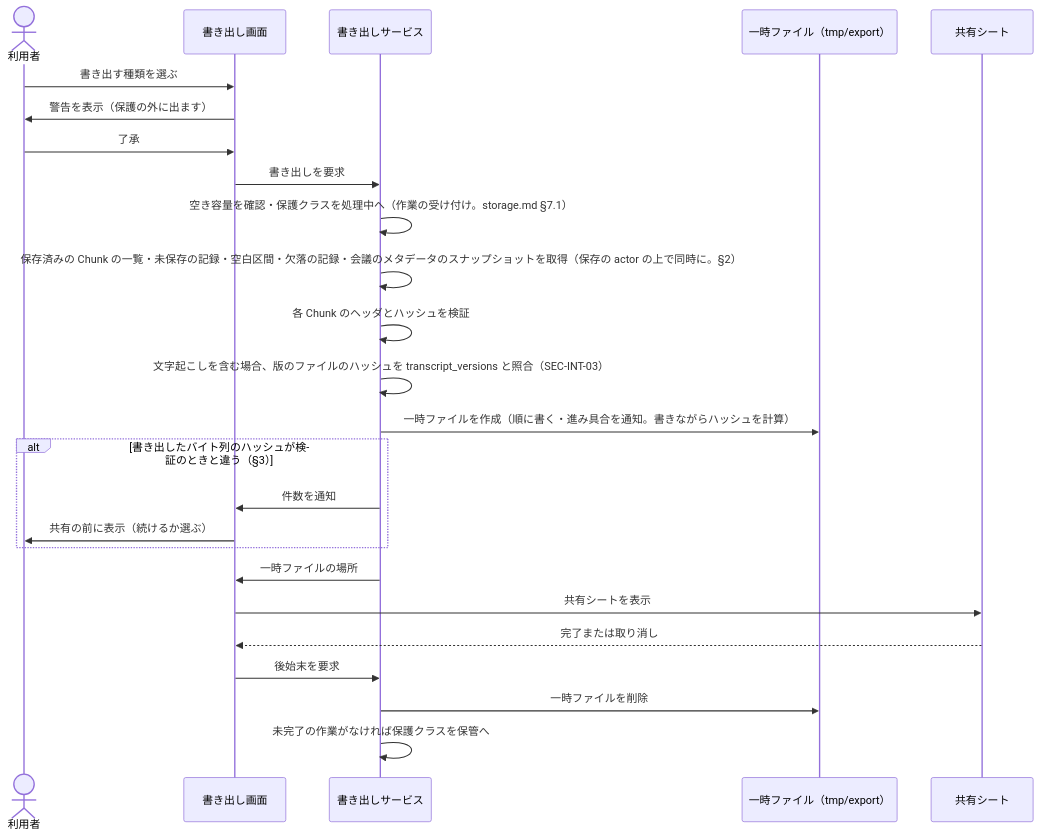
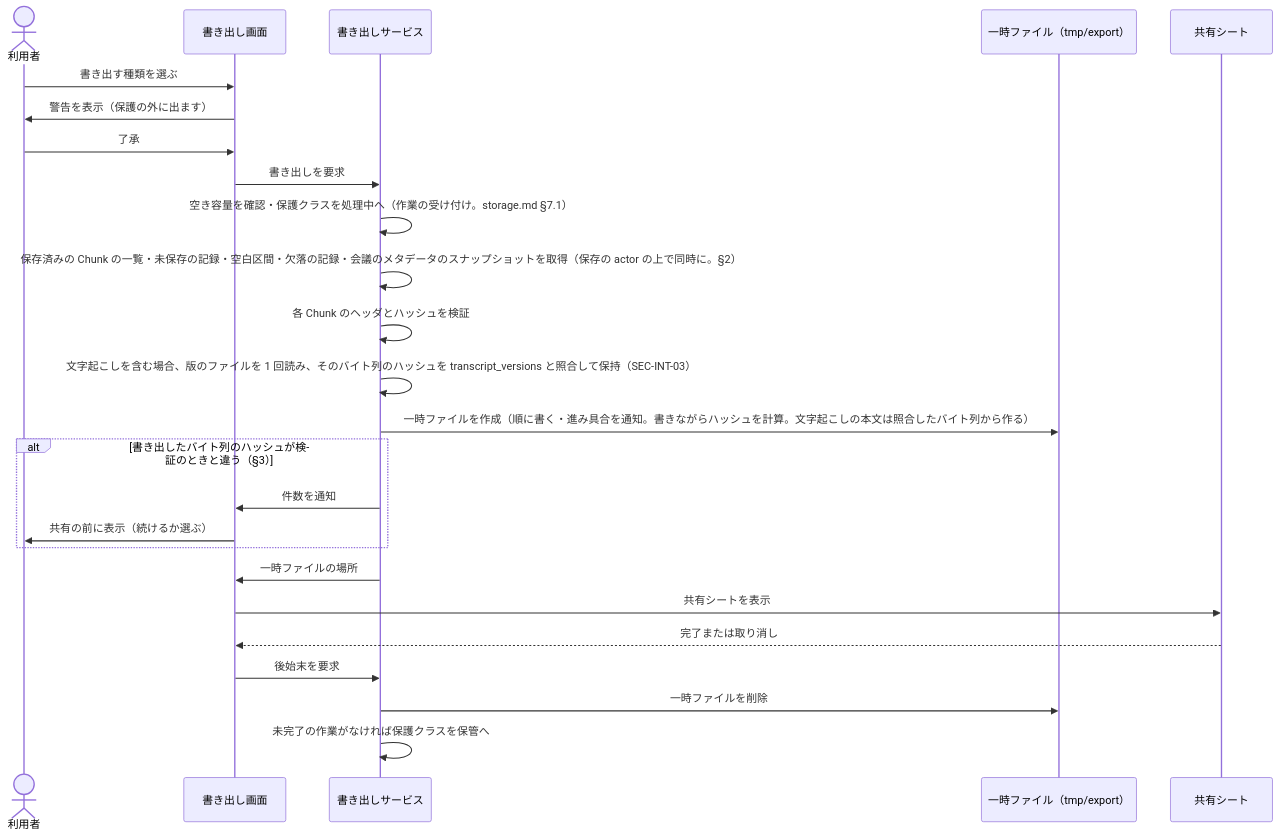
Before and after one commit to myoshi2891/Minutes-Mobile: the diagram in docs/02-basic-design/export.md, drawn with Mermaid. The commit also changed other lines of this file and 5 other files, not shown here.

````diff
--- a/docs/02-basic-design/export.md
+++ b/docs/02-basic-design/export.md
@@ -63,27 +63,27 @@
 ```mermaid
 sequenceDiagram
     actor U as 利用者
     participant V as 書き出し画面
     participant E as 書き出しサービス
     participant T as 一時ファイル（tmp/export）
     participant S as 共有シート
     U->>V: 書き出す種類を選ぶ
     V->>U: 警告を表示（保護の外に出ます）
     U->>V: 了承
     V->>E: 書き出しを要求
     E->>E: 空き容量を確認・保護クラスを処理中へ（作業の受け付け。storage.md §7.1）
     E->>E: 保存済みの Chunk の一覧・未保存の記録・空白区間・欠落の記録・会議のメタデータのスナップショットを取得（保存の actor の上で同時に。§2）
     E->>E: 各 Chunk のヘッダとハッシュを検証
-    E->>E: 文字起こしを含む場合、版のファイルのハッシュを transcript_versions と照合（SEC-INT-03）
-    E->>T: 一時ファイルを作成（順に書く・進み具合を通知。書きながらハッシュを計算）
+    E->>E: 文字起こしを含む場合、版のファイルを 1 回読み、そのバイト列のハッシュを transcript_versions と照合して保持（SEC-INT-03）
+    E->>T: 一時ファイルを作成（順に書く・進み具合を通知。書きながらハッシュを計算。文字起こしの本文は照合したバイト列から作る）
     alt 書き出したバイト列のハッシュが検証のときと違う（§3）
         E->>V: 件数を通知
         V->>U: 共有の前に表示（続けるか選ぶ）
     end
     E->>V: 一時ファイルの場所
     V->>S: 共有シートを表示
     S-->>V: 完了または取り消し
     V->>E: 後始末を要求
     E->>T: 一時ファイルを削除
     E->>E: 未完了の作業がなければ保護クラスを保管へ
 ```
````
